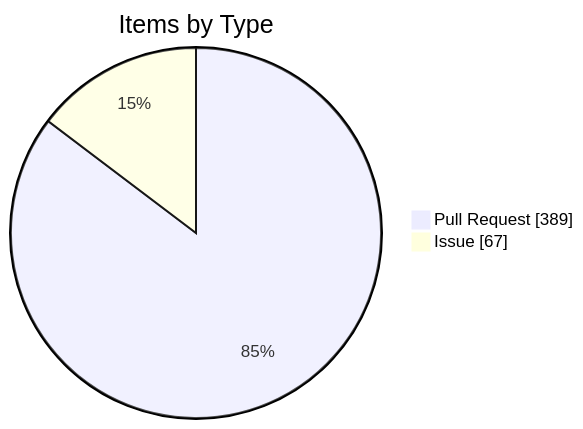
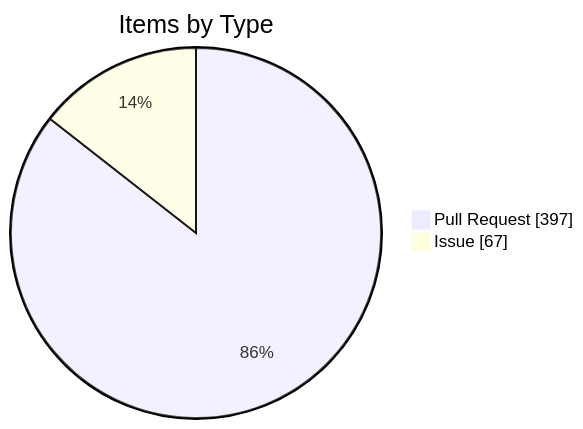
The fourth of 4 diagrams in apps/kbve/astro-kbve/src/content/docs/dashboard/kanban.mdx (KBVE/kbve), drawn with Mermaid before and after one commit. The commit also changed other lines of this file and 7 other files, not shown here.

````diff
--- a/apps/kbve/astro-kbve/src/content/docs/dashboard/kanban.mdx
+++ b/apps/kbve/astro-kbve/src/content/docs/dashboard/kanban.mdx
@@ -116,6 +116,6 @@
 ```mermaid
 pie showData
     title Items by Type
-    "Pull Request" : 389
+    "Pull Request" : 397
     "Issue" : 67
 ```
````
